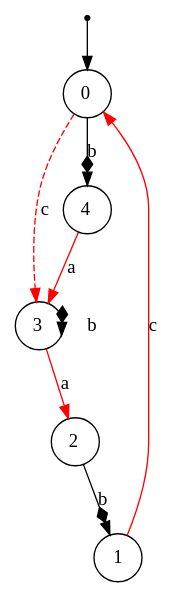
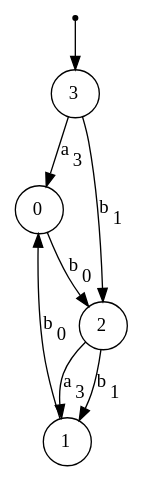
Before and after one commit to Reithger/Finite-State-Machine-Model: the diagram in dotsource.dot, drawn with Graphviz. The commit also changed 10 other files, not shown here.

```diff
--- a/dotsource.dot
+++ b/dotsource.dot
@@ -1,16 +1,14 @@
 digraph G {
 "n0"[label= <0> shape=circle color="black" style=wedged fillcolor="white" style=filled];
-"ArbitraryUnusedNameNoWorriesJustGrooving1"[fontSize=1 shape=point];
 "n1"[label= <1> shape=circle color="black" style=wedged fillcolor="white" style=filled];
 "n2"[label= <2> shape=circle color="black" style=wedged fillcolor="white" style=filled];
 "n3"[label= <3> shape=circle color="black" style=wedged fillcolor="white" style=filled];
-"n4"[label= <4> shape=circle color="black" style=wedged fillcolor="white" style=filled];
-{"ArbitraryUnusedNameNoWorriesJustGrooving1"}->{"n0"};
-{"n0"}->{"n4"}[label = <b> color="black" arrowhead="normaldiamond" style=""];
-{"n0"}->{"n3"}[label = <c> color="red" arrowhead="normal" style="dashed"];
-{"n1"}->{"n0"}[label = <c> color="red" arrowhead="normal" style=""];
-{"n2"}->{"n1"}[label = <b> color="black" arrowhead="normaldiamond" style=""];
-{"n3"}->{"n3"}[label = <b> color="black" arrowhead="normaldiamond" style=""];
-{"n3"}->{"n2"}[label = <a> color="red" arrowhead="normal" style=""];
-{"n4"}->{"n3"}[label = <a> color="red" arrowhead="normal" style=""];
+"ArbitraryUnusedNameNoWorriesJustGrooving4"[fontSize=1 shape=point];
+{"ArbitraryUnusedNameNoWorriesJustGrooving4"}->{"n3"};
+{"n0"}->{"n2"}[label = <b<sub>0</sub>> color="black" arrowhead="normal" style=""];
+{"n1"}->{"n0"}[label = <b<sub>0</sub>> color="black" arrowhead="normal" style=""];
+{"n2"}->{"n1"}[label = <b<sub>1</sub>> color="black" arrowhead="normal" style=""];
+{"n2"}->{"n1"}[label = <a<sub>3</sub>> color="black" arrowhead="normal" style=""];
+{"n3"}->{"n0"}[label = <a<sub>3</sub>> color="black" arrowhead="normal" style=""];
+{"n3"}->{"n2"}[label = <b<sub>1</sub>> color="black" arrowhead="normal" style=""];
 }
```
